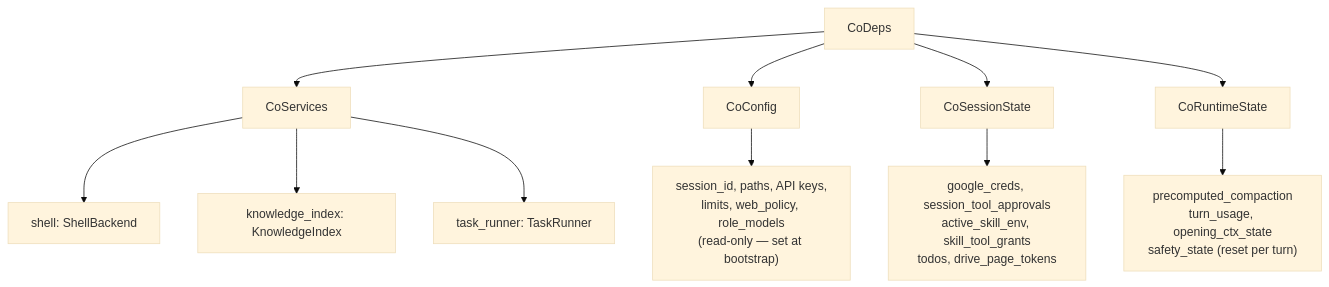
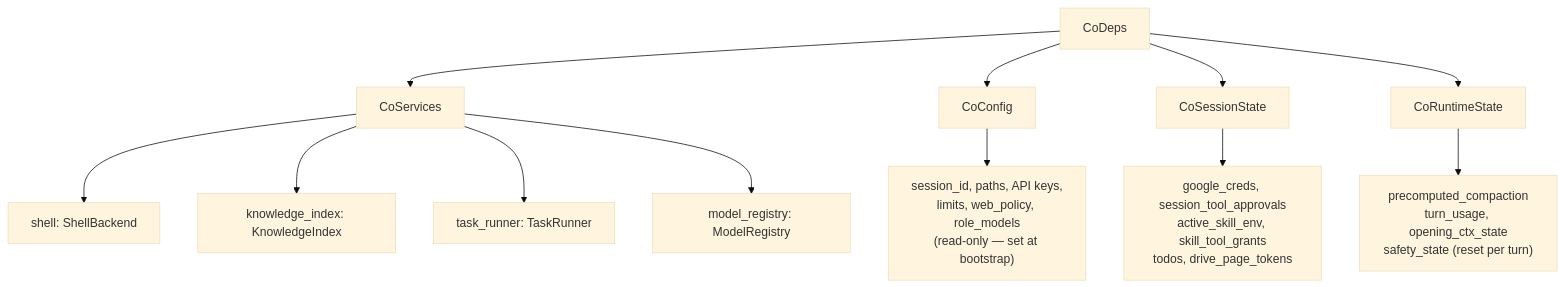
The third of 3 diagrams in docs/DESIGN-core.md (binlecode/co-cli), drawn with Mermaid (base theme) before and after one commit. The commit also changed other lines of this file and 48 other files, not shown here.

````diff
--- a/docs/DESIGN-core.md
+++ b/docs/DESIGN-core.md
@@ -194,17 +194,18 @@
 ```mermaid
 graph TD
     CoDeps --> CoServices
     CoDeps --> CoConfig
     CoDeps --> CoSessionState
     CoDeps --> CoRuntimeState
 
     CoServices --> S1[shell: ShellBackend]
     CoServices --> S2[knowledge_index: KnowledgeIndex]
     CoServices --> S3[task_runner: TaskRunner]
+    CoServices --> S4[model_registry: ModelRegistry]
 
     CoConfig --> C1["session_id, paths, API keys,\nlimits, web_policy, role_models\n(read-only — set at bootstrap)"]
 
     CoSessionState --> SE1["google_creds, session_tool_approvals\nactive_skill_env, skill_tool_grants\ntodos, drive_page_tokens"]
 
     CoRuntimeState --> R1["precomputed_compaction\nturn_usage, opening_ctx_state\nsafety_state (reset per turn)"]
 ```
````
